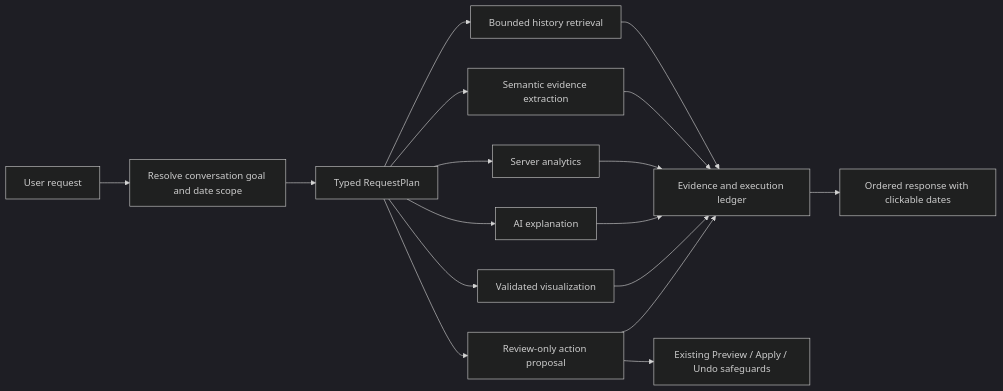
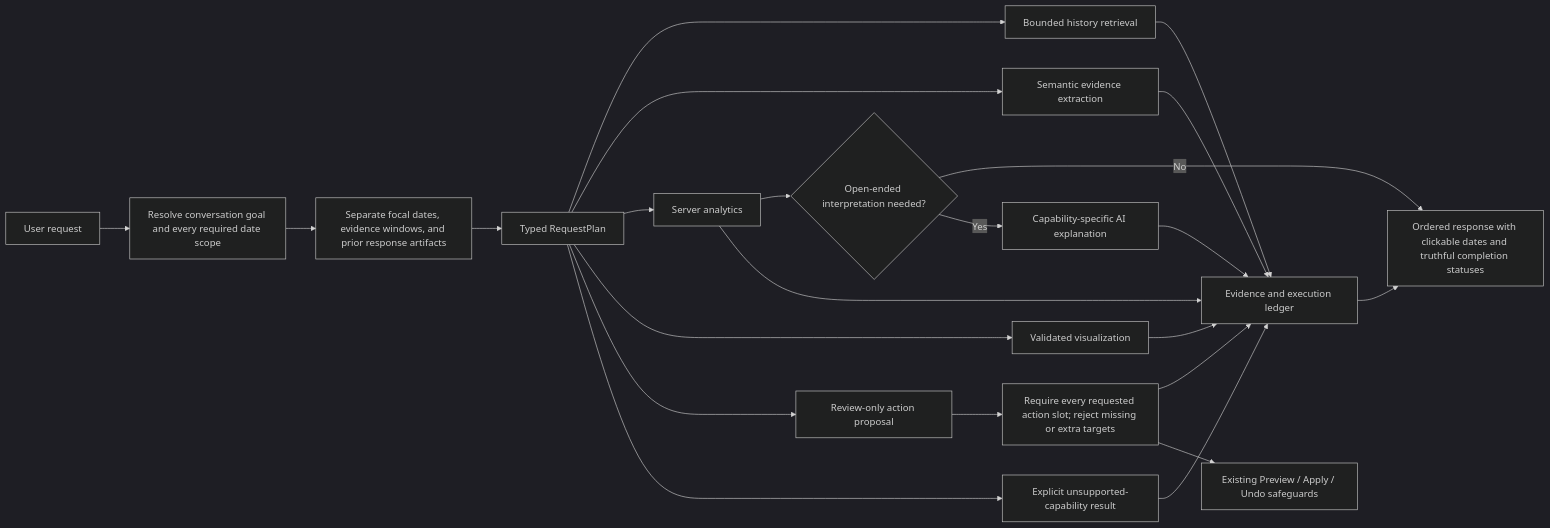
The diagram in docs/AI_SYSTEM_FLOWCHART.md (jqman23/PT_Motivator), drawn with Mermaid (dark theme) before and after one commit. The commit also changed other lines of this file and 24 other files, not shown here.

````diff
--- a/docs/AI_SYSTEM_FLOWCHART.md
+++ b/docs/AI_SYSTEM_FLOWCHART.md
@@ -15,19 +15,25 @@
 ```mermaid
 flowchart LR
-    U[User request] --> S[Resolve conversation goal and date scope]
-    S --> P[Typed RequestPlan]
+    U[User request] --> S[Resolve conversation goal and every required date scope]
+    S --> F[Separate focal dates, evidence windows, and prior response artifacts]
+    F --> P[Typed RequestPlan]
     P --> H[Bounded history retrieval]
     P --> E[Semantic evidence extraction]
     P --> A[Server analytics]
-    P --> C[AI explanation]
+    A --> D{Open-ended interpretation needed?}
+    D -->|No| R
+    D -->|Yes| C[Capability-specific AI explanation]
     P --> V[Validated visualization]
     P --> W[Review-only action proposal]
+    W --> X[Require every requested action slot; reject missing or extra targets]
+    P --> N[Explicit unsupported-capability result]
     H --> L[Evidence and execution ledger]
     E --> L
     A --> L
     C --> L
     V --> L
-    W --> L
-    L --> R[Ordered response with clickable dates]
-    W --> Q[Existing Preview / Apply / Undo safeguards]
+    X --> L
+    N --> L
+    L --> R[Ordered response with clickable dates and truthful completion statuses]
+    X --> Q[Existing Preview / Apply / Undo safeguards]
 ```
````
